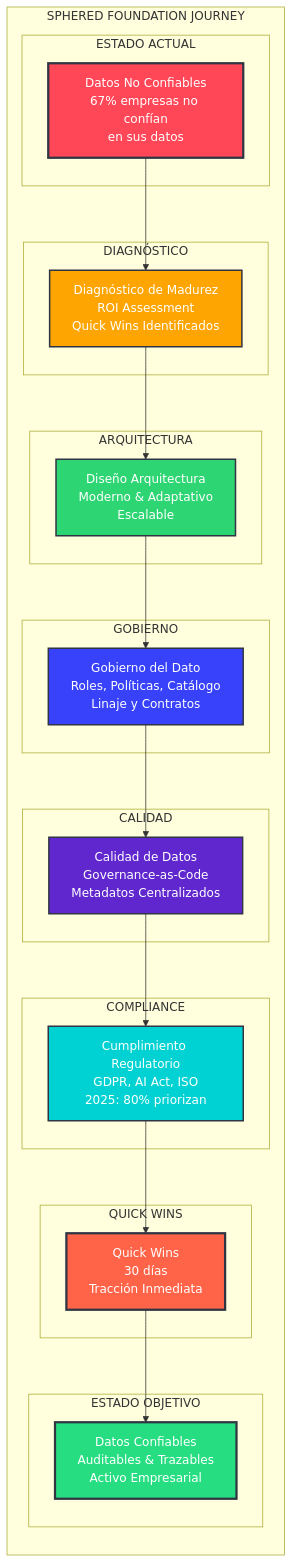
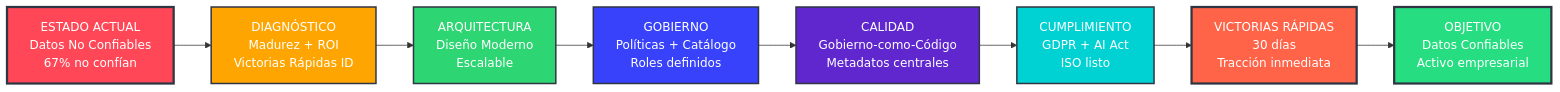
One commit to arielmmdx/offering changed the second of 17 diagrams in readme.md. Above: the diagram before and after it, drawn with Mermaid. The commit also changed other lines of this file, not shown here.

````diff
--- a/readme.md
+++ b/readme.md
@@ -48,53 +48,20 @@
 ```mermaid
 flowchart LR
-    subgraph "SPHERED FOUNDATION JOURNEY"
-        subgraph "ESTADO ACTUAL"
-            A[Datos No Confiables<br/>67% empresas no confían<br/>en sus datos]
-        end
-        
-        subgraph "DIAGNÓSTICO"
-            B[Diagnóstico de Madurez<br/>ROI Assessment<br/>Quick Wins Identificados]
-        end
-        
-        subgraph "ARQUITECTURA"
-            C[Diseño Arquitectura<br/>Moderno & Adaptativo<br/>Escalable]
-        end
-        
-        subgraph "GOBIERNO"
-            D[Gobierno del Dato<br/>Roles, Políticas, Catálogo<br/>Linaje y Contratos]
-        end
-        
-        subgraph "CALIDAD"
-            E[Calidad de Datos<br/>Governance-as-Code<br/>Metadatos Centralizados]
-        end
-        
-        subgraph "COMPLIANCE"
-            F[Cumplimiento Regulatorio<br/>GDPR, AI Act, ISO<br/>2025: 80% priorizan]
-        end
-        
-        subgraph "QUICK WINS"
-            G[Quick Wins<br/>30 días<br/>Tracción Inmediata]
-        end
-        
-        subgraph "ESTADO OBJETIVO"
-            H[Datos Confiables<br/>Auditables & Trazables<br/>Activo Empresarial]
-        end
-    end
-    
-    A --> B
-    B --> C
-    C --> D
-    D --> E
-    E --> F
-    F --> G
-    G --> H
+    A[ESTADO ACTUAL<br/>Datos No Confiables<br/>67% no confían] 
+    --> B[DIAGNÓSTICO<br/>Madurez + ROI<br/>Victorias Rápidas ID]
+    --> C[ARQUITECTURA<br/>Diseño Moderno<br/>Escalable]
+    --> D[GOBIERNO<br/>Políticas + Catálogo<br/>Roles definidos]
+    --> E[CALIDAD<br/>Gobierno-como-Código<br/>Metadatos centrales]
+    --> F[CUMPLIMIENTO<br/>GDPR + AI Act<br/>ISO listo]
+    --> G[VICTORIAS RÁPIDAS<br/>30 días<br/>Tracción inmediata]
+    --> H[OBJETIVO<br/>Datos Confiables<br/>Activo empresarial]
     
     style A fill:#ff4757,stroke:#2f3542,stroke-width:3px,color:#fff
     style B fill:#ffa502,stroke:#2f3542,stroke-width:2px,color:#fff
     style C fill:#2ed573,stroke:#2f3542,stroke-width:2px,color:#fff
     style D fill:#3742fa,stroke:#2f3542,stroke-width:2px,color:#fff
     style E fill:#5f27cd,stroke:#2f3542,stroke-width:2px,color:#fff
     style F fill:#00d2d3,stroke:#2f3542,stroke-width:2px,color:#fff
     style G fill:#ff6348,stroke:#2f3542,stroke-width:3px,color:#fff
     style H fill:#26de81,stroke:#2f3542,stroke-width:3px,color:#fff
 ```
````
